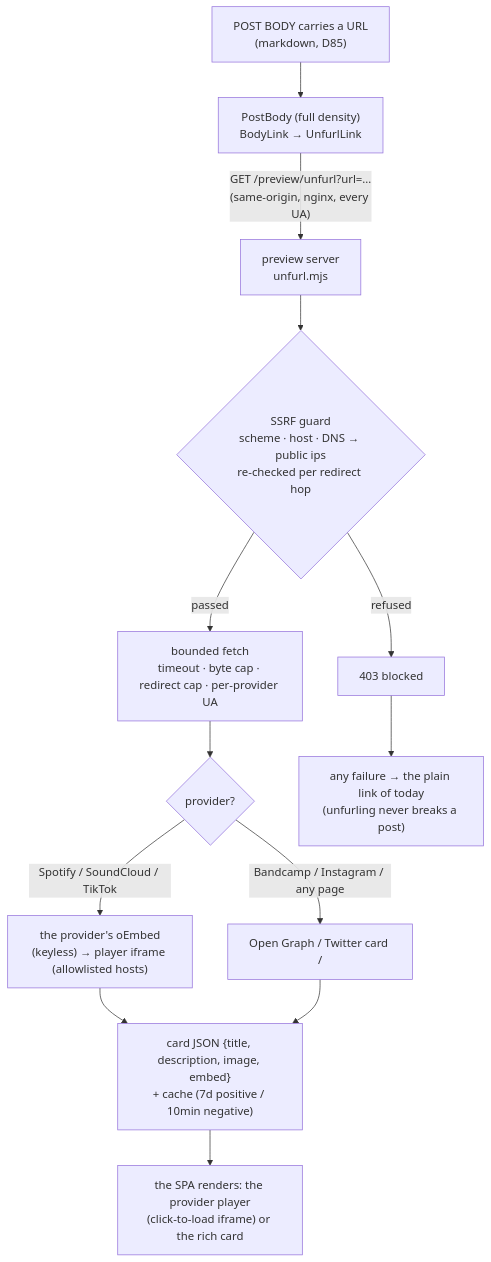
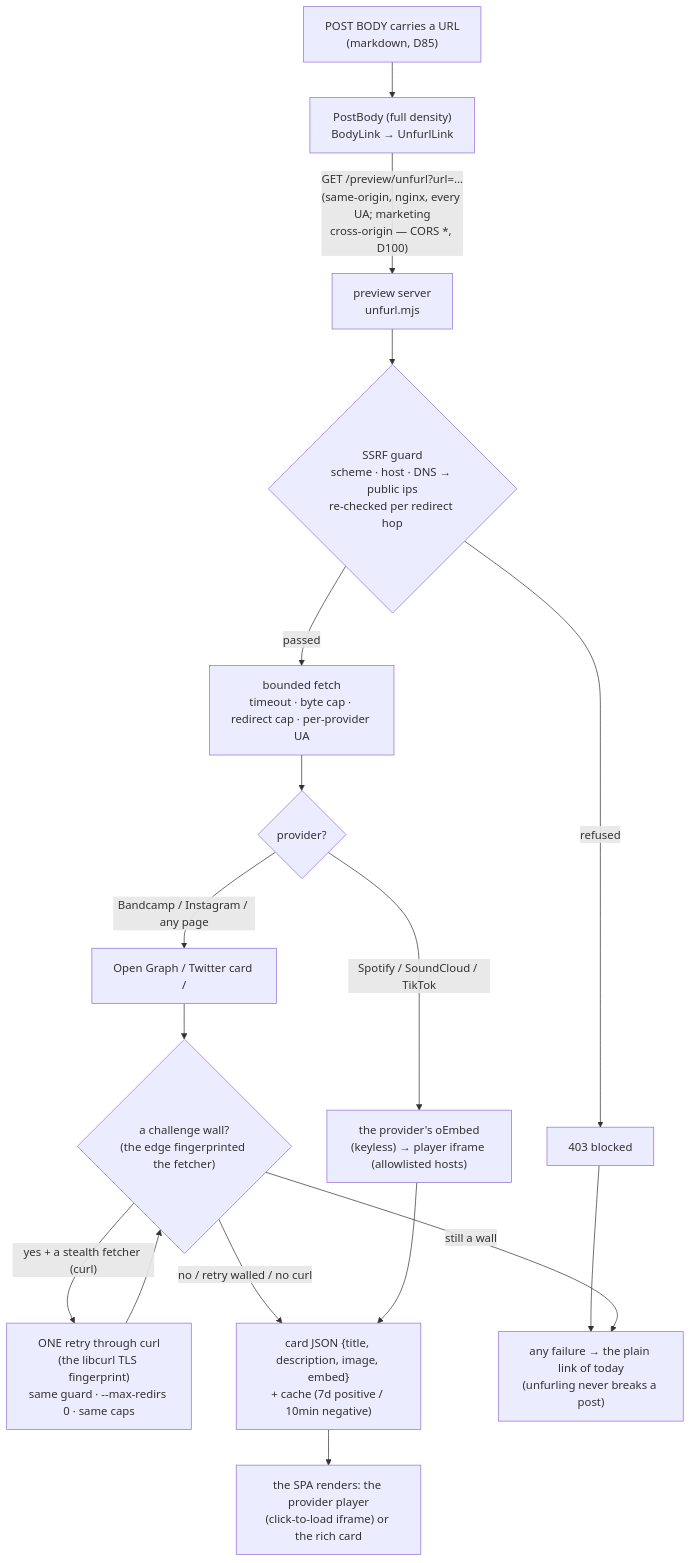
The diagram in knowledge-base/web10-v3/social/link-unfurl.md (jacoby149/web10), drawn with Mermaid before and after one commit. The commit also changed other lines of this file and 80 other files, not shown here.

````diff
--- a/knowledge-base/web10-v3/social/link-unfurl.md
+++ b/knowledge-base/web10-v3/social/link-unfurl.md
@@ -29,15 +29,19 @@
 ```mermaid
 flowchart TD
     L["POST BODY carries a URL<br/>(markdown, D85)"] --> P["PostBody (full density)<br/>BodyLink → UnfurlLink"]
-    P -->|"GET /preview/unfurl?url=…<br/>(same-origin, nginx, every UA)"| S["preview server<br/>unfurl.mjs"]
+    P -->|"GET /preview/unfurl?url=…<br/>(same-origin, nginx, every UA; marketing<br/>cross-origin — CORS *, D100)"| S["preview server<br/>unfurl.mjs"]
     S --> G{"SSRF guard<br/>scheme · host · DNS → public ips<br/>re-checked per redirect hop"}
     G -->|refused| X["403 blocked"]
     G -->|passed| F["bounded fetch<br/>timeout · byte cap · redirect cap · per-provider UA"]
     F --> O{"provider?"}
     O -->|"Spotify / SoundCloud / TikTok"| OE["the provider's oEmbed<br/>(keyless) → player iframe (allowlisted hosts)"]
     O -->|"Bandcamp / Instagram / any page"| OG["Open Graph / Twitter card /<br/><title> + first-prose fallback"]
-    OE --> C["card JSON {title, description, image, embed}<br/>+ cache (7d positive / 10min negative)"]
-    OG --> C
+    OG --> W{"a challenge wall?<br/>(the edge fingerprinted the fetcher)"}
+    W -->|"yes + a stealth fetcher (curl)"| SR["ONE retry through curl<br/>(the libcurl TLS fingerprint)<br/>same guard · --max-redirs 0 · same caps"]
+    SR --> W
+    W -->|"no / retry walled / no curl"| C["card JSON {title, description, image, embed}<br/>+ cache (7d positive / 10min negative)"]
+    OE --> C
     C --> P2["the SPA renders: the provider player<br/>(click-to-load iframe) or the rich card"]
     X --> F2["any failure → the plain link of today<br/>(unfurling never breaks a post)"]
+    W -->|"still a wall"| F2
 ```
````
